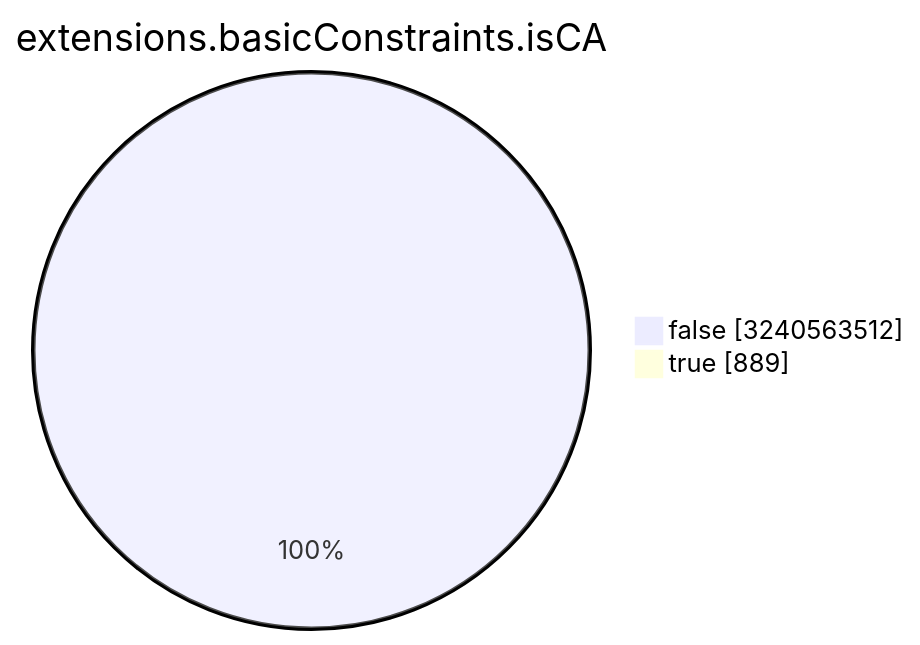
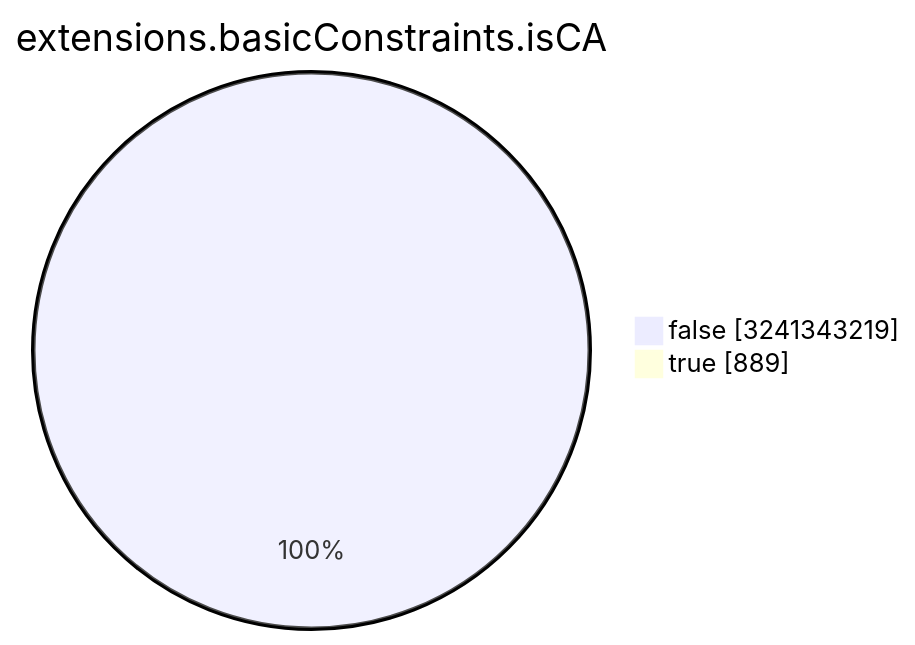
Before and after one commit to christiankrug/ctmonitor_visualization: the seventh of 15 diagrams in TOTAL/README.md, drawn with Mermaid. The commit also changed other lines of this file, not shown here.

````diff
--- a/TOTAL/README.md
+++ b/TOTAL/README.md
@@ -3088,6 +3088,6 @@
 ```mermaid
 pie showData
 title extensions.basicConstraints.isCA
-"false" :3240563512
+"false" :3241343219
 "true" :889
 ```
````
